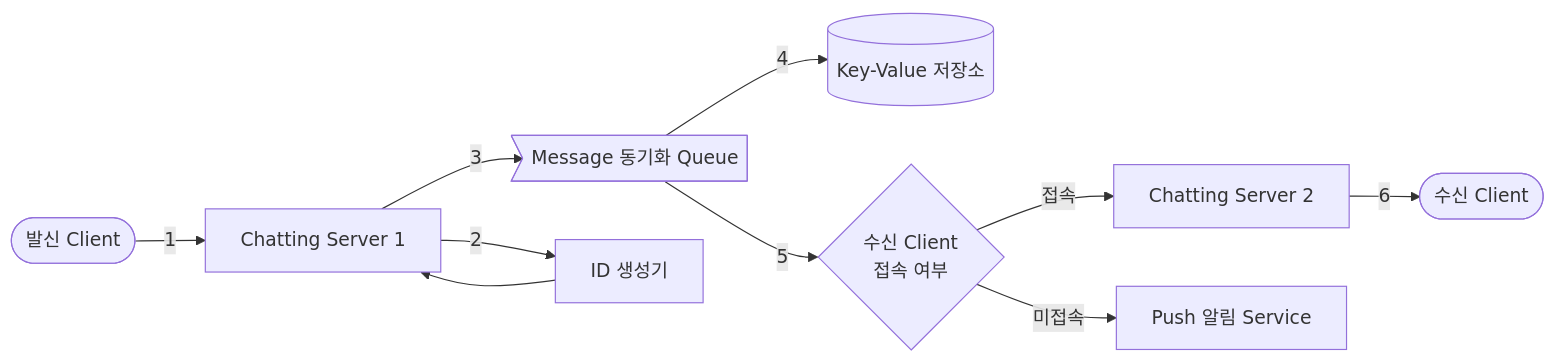
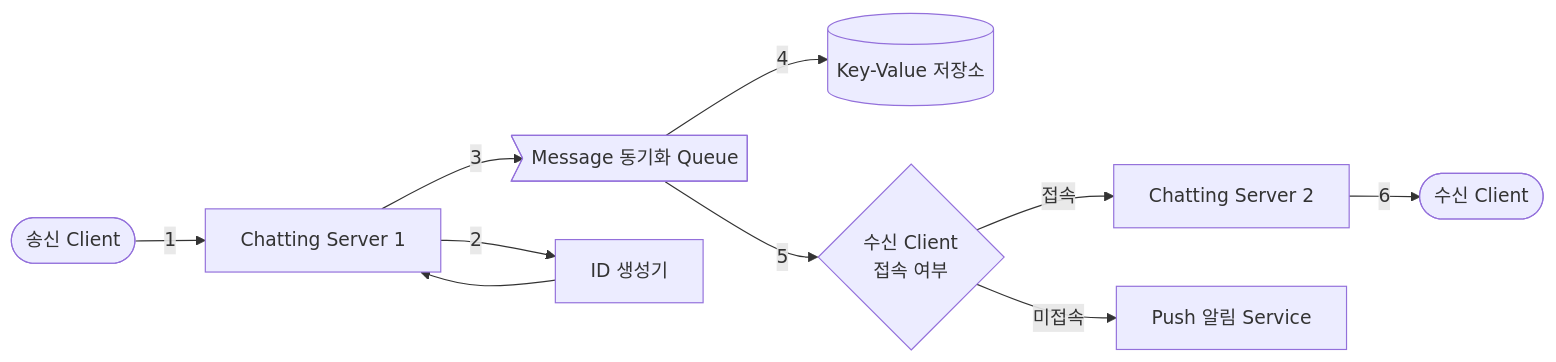
One commit to choesimin/choesimin.github.io changed the third of 8 diagrams in _drafts/skills/system-design/chatting.md. Above: the diagram before and after it, drawn with Mermaid. The commit also changed other lines of this file, not shown here.

````diff
--- a/_drafts/skills/system-design/chatting.md
+++ b/_drafts/skills/system-design/chatting.md
@@ -84,27 +84,27 @@
 ```mermaid
 flowchart LR
 
-sender([발신 Client])
-receiver([수신 Client])
+sender([송신 Client])
+recipient([수신 Client])
 
 chatting_server_1[Chatting Server 1]
 chatting_server_2[Chatting Server 2]
 message_sync_queue>Message 동기화 Queue]
 
 key_value_storage[(Key-Value 저장소)]
 id_generator[ID 생성기]
 push_notification_service[Push 알림 Service]
 
 if_online{수신 Client\n접속 여부}
 
 
 sender -->|1| chatting_server_1
 chatting_server_1 -->|2| id_generator
 id_generator --> chatting_server_1
 chatting_server_1 -->|3| message_sync_queue
 message_sync_queue -->|4| key_value_storage
 message_sync_queue -->|5| if_online
 if_online -->|접속| chatting_server_2
 if_online -->|미접속| push_notification_service
-chatting_server_2 -->|6| receiver
+chatting_server_2 -->|6| recipient
 ```
````
